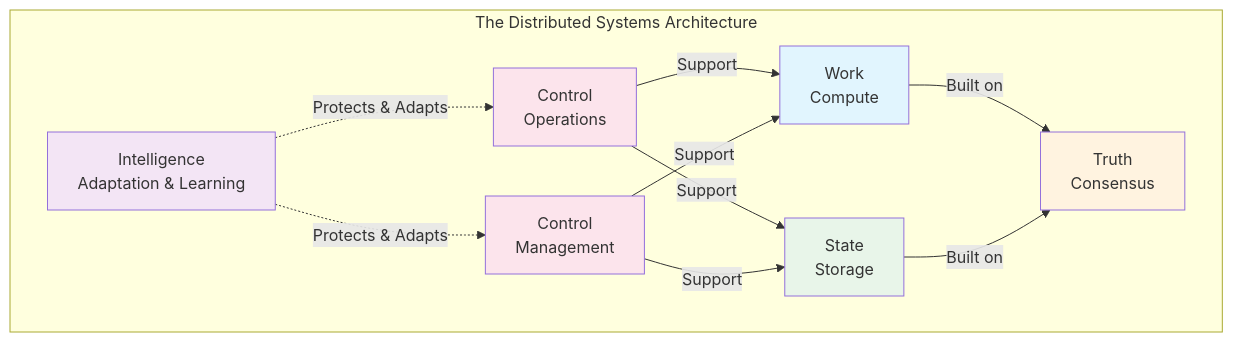
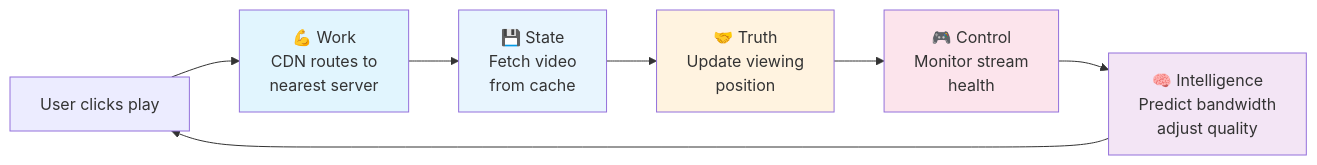
The third of 4 diagrams in docs/part2-pillars/index.md (deepaucksharma/DStudio), drawn with Mermaid before and after one commit. The commit also changed other lines of this file and 176 other files, not shown here.

````diff
--- a/docs/part2-pillars/index.md
+++ b/docs/part2-pillars/index.md
@@ -132,24 +264,15 @@
 ```mermaid
-graph TB
-    subgraph "The Distributed Systems Architecture"
-        I[Intelligence<br/>Adaptation & Learning]
-        C1[Control<br/>Operations]
-        C2[Control<br/>Management]
-        W[Work<br/>Compute]
-        S[State<br/>Storage]
-        T[Truth<br/>Consensus]
-    end
+graph LR
+    U[User clicks play] --> W["💪 Work<br/>CDN routes to<br/>nearest server"]
+    W --> S["💾 State<br/>Fetch video<br/>from cache"]
+    S --> T["🤝 Truth<br/>Update viewing<br/>position"]
+    T --> C["🎮 Control<br/>Monitor stream<br/>health"]
+    C --> I["🧠 Intelligence<br/>Predict bandwidth<br/>adjust quality"]
+    I --> U
     
-    I -.->|Protects & Adapts| C1
-    I -.->|Protects & Adapts| C2
-    C1 & C2 -->|Support| W
-    C1 & C2 -->|Support| S
-    W & S -->|Built on| T
-    
+    style W fill:#e1f5fe
+    style S fill:#e8f5fe
+    style T fill:#fff3e0
+    style C fill:#fce4ec
     style I fill:#f3e5f5
-    style C1 fill:#fce4ec
-    style C2 fill:#fce4ec
-    style W fill:#e1f5fe
-    style S fill:#e8f5e9
-    style T fill:#fff3e0
 ```
````
